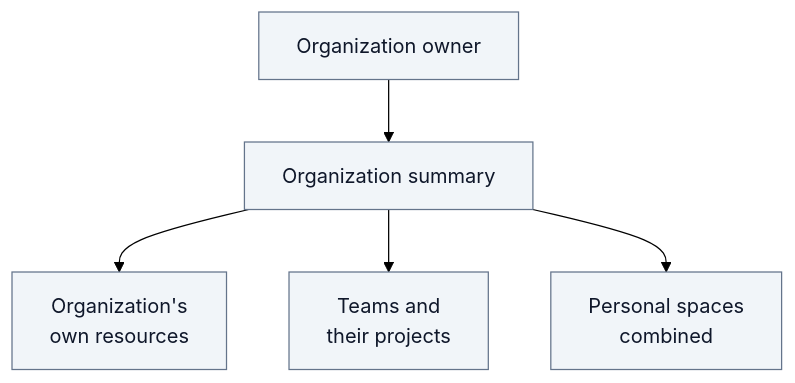
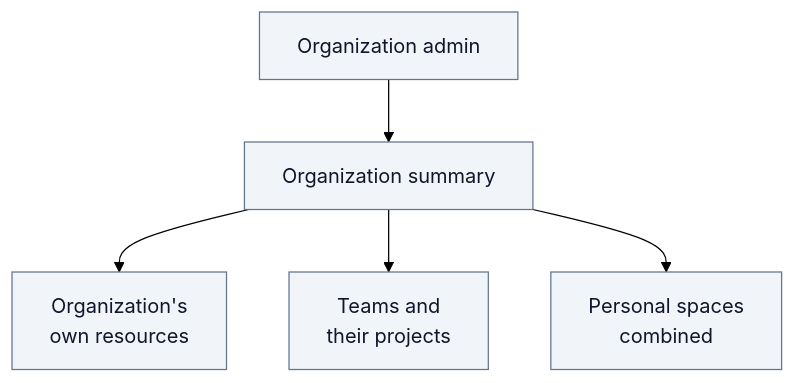
The second of 2 diagrams in docs/architecture/04-organizations.md (ThalesGroup/fred), drawn with Mermaid (forest theme) before and after one commit. The commit also changed other lines of this file and 82 other files, not shown here.

````diff
--- a/docs/architecture/04-organizations.md
+++ b/docs/architecture/04-organizations.md
@@ -61,10 +61,10 @@
 ```mermaid
 flowchart TB
-    owner["Organization owner"] --> summary["Organization summary"]
+    owner["Organization admin"] --> summary["Organization summary"]
     summary --> direct["Organization's<br/>own resources"]
     summary --> teams["Teams and<br/>their projects"]
     summary --> personal["Personal spaces<br/>combined"]
 
     classDef neutral fill:#F1F5F9,stroke:#64748B,color:#0F172A
     class owner,summary,direct,teams,personal neutral
 ```
````
